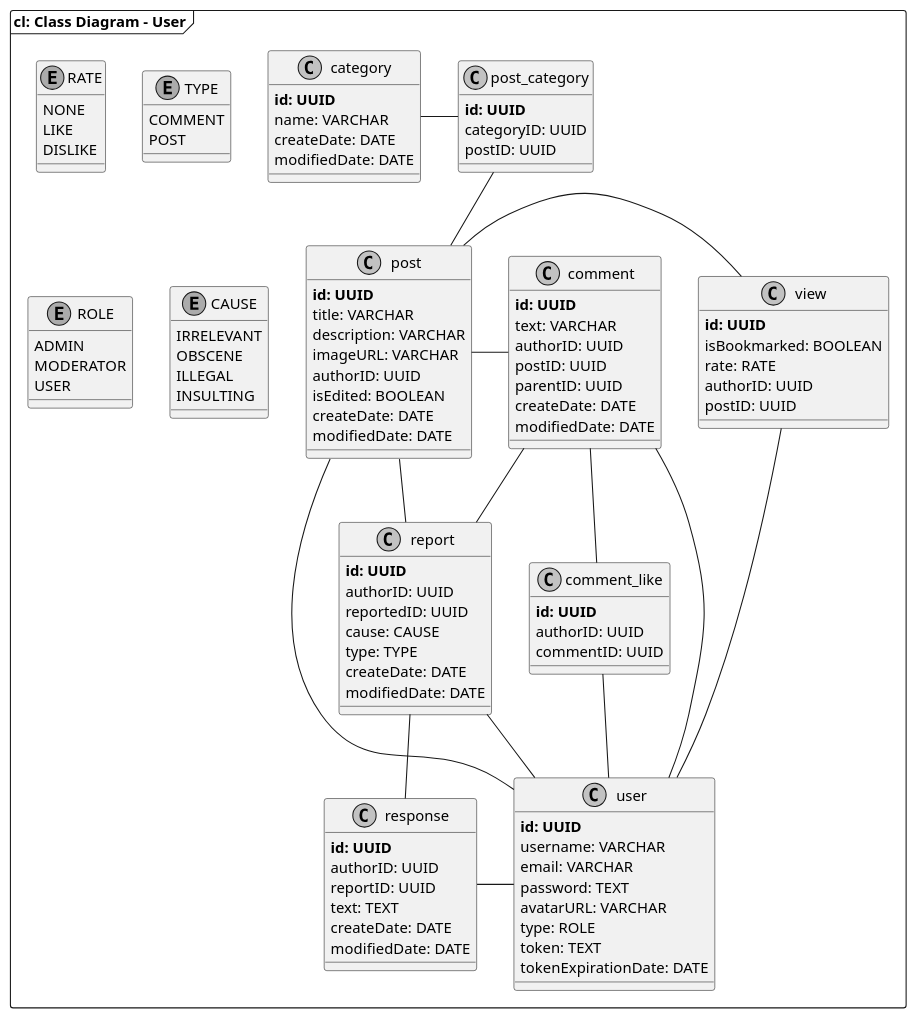
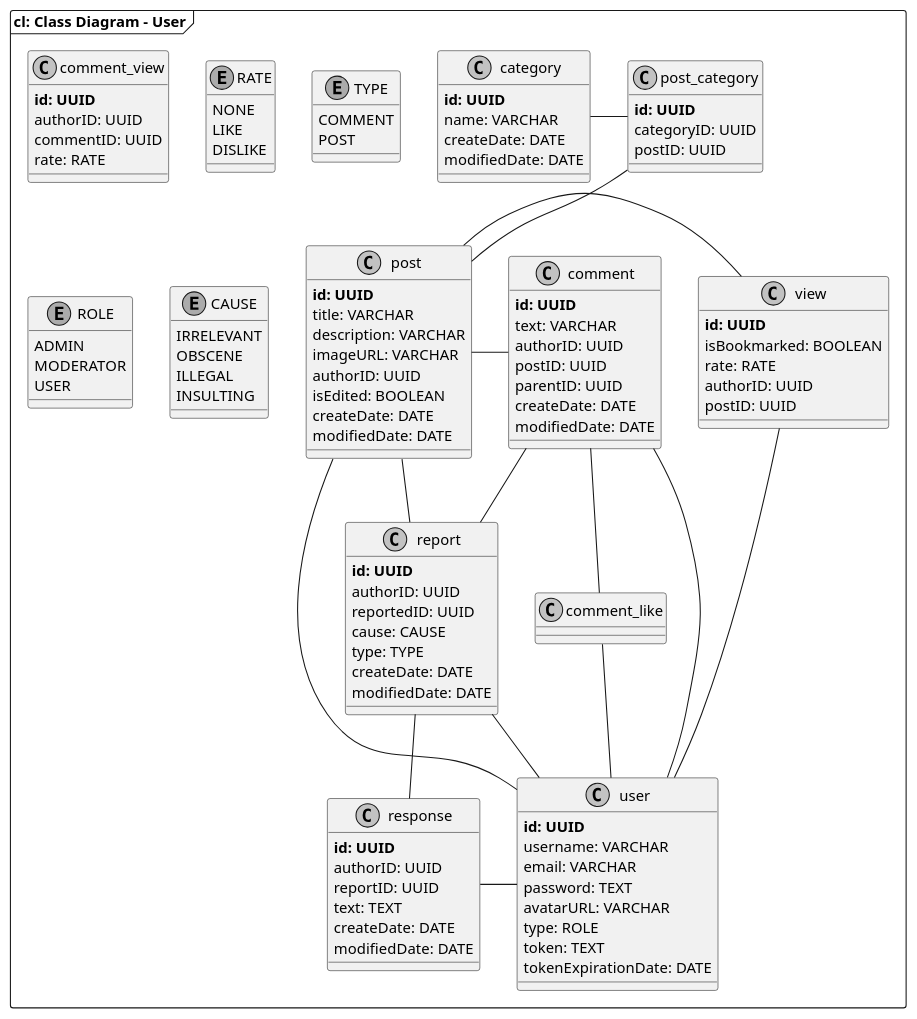
One commit to steb1/forum changed the diagram in data/sql/diagram-class.puml. Above: the diagram before and after it, drawn with PlantUML. The commit also changed 3 other files, not shown here.

Commit message:
Comment_view

```diff
--- a/data/sql/diagram-class.puml
+++ b/data/sql/diagram-class.puml
@@ -2,127 +2,128 @@
 @startuml "user-class-diagram"
 skinparam shadowing false
 skinparam monochrome true
 skinparam component {
     FontSize 20
 }
 
 frame "cl: Class Diagram - User" {
     class user {
         **id: UUID**
         username: VARCHAR
         email: VARCHAR
         password: TEXT
         avatarURL: VARCHAR
         type: ROLE
         token: TEXT
         tokenExpirationDate: DATE
     }
 
     class post {
         **id: UUID**
         title: VARCHAR
         description: VARCHAR
         imageURL: VARCHAR
         authorID: UUID
         isEdited: BOOLEAN
         createDate: DATE
         modifiedDate: DATE
     }
 
     class report {
         **id: UUID**
         authorID: UUID
         reportedID: UUID
         cause: CAUSE
         type: TYPE
         createDate: DATE
         modifiedDate: DATE
     }
 
     class response {
         **id: UUID**
         authorID: UUID
         reportID: UUID
         text: TEXT
         createDate: DATE
         modifiedDate: DATE
     }
 
     class view {
         **id: UUID**
         isBookmarked: BOOLEAN
         rate: RATE
         authorID: UUID
         postID: UUID
     }
 
-    class comment_like {
+    class comment_view {
         **id: UUID**
         authorID: UUID
         commentID: UUID
+        rate: RATE
     }
 
     class comment {
         **id: UUID**
         text: VARCHAR
         authorID: UUID
         postID: UUID
         parentID: UUID
         createDate: DATE
         modifiedDate: DATE
     }
 
     class post_category {
         **id: UUID**
         categoryID: UUID
         postID: UUID
     }
 
     class category {
         **id: UUID**
         name: VARCHAR
         createDate: DATE
         modifiedDate: DATE
     }
 
     enum RATE {
         NONE
         LIKE
         DISLIKE
     }
 
     enum TYPE {
         COMMENT
         POST
     }
 
     enum ROLE {
         ADMIN
         MODERATOR
         USER
     }
 
     enum CAUSE {
         IRRELEVANT
         OBSCENE
         ILLEGAL
         INSULTING
     }
 
     user -up- view
     user -up- comment
     user -up- comment_like
     user -up- report
     user -up- post
     report -up- comment
     report -up- post
     report -right- response
     user -left- response
     comment_like -up- comment
     comment -left- post
     view -right- post
     post -up- post_category
     post_category -left- category
 }
 
 @enduml
```
